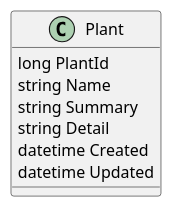
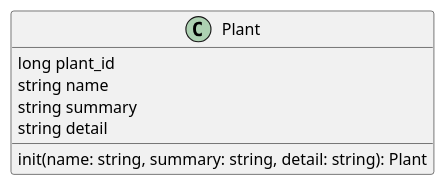
Before and after one commit to liulnn/plant: the diagram in docs/plant/class_diagram.puml, drawn with PlantUML. The commit also changed 3 other files, not shown here.

Commit message:
update class diagram

```diff
--- a/docs/plant/class_diagram.puml
+++ b/docs/plant/class_diagram.puml
@@ -1,12 +1,12 @@
 @startuml
 
 class Plant {
-	long PlantId
-	string Name
-	string Summary
-    string Detail
-    datetime Created
-    datetime Updated
+	long plant_id
+	string name
+	string summary
+    string detail
+
+    init(name: string, summary: string, detail: string): Plant
 }
 
 @enduml
```
